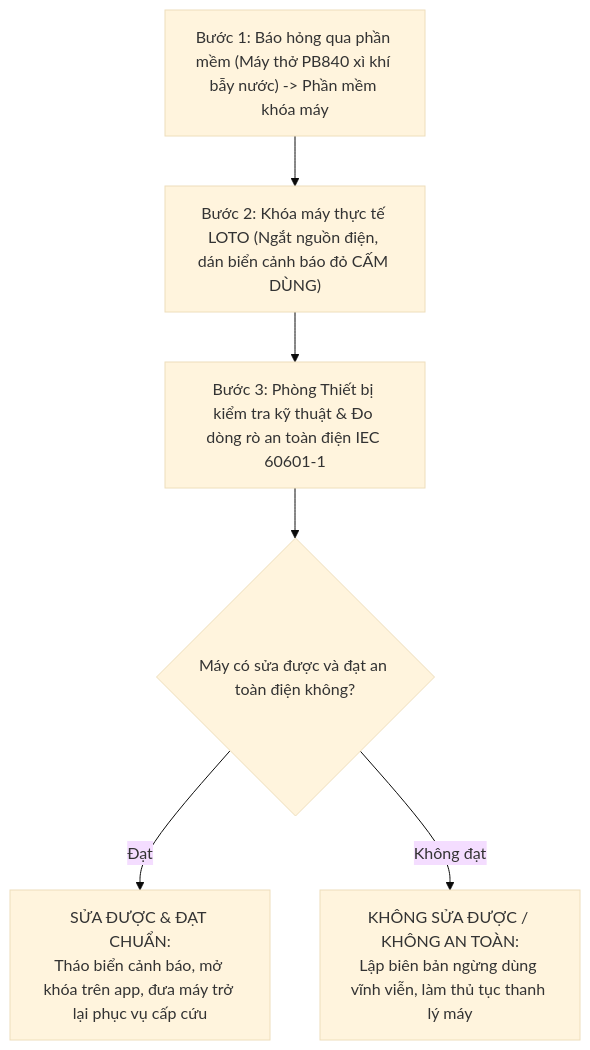
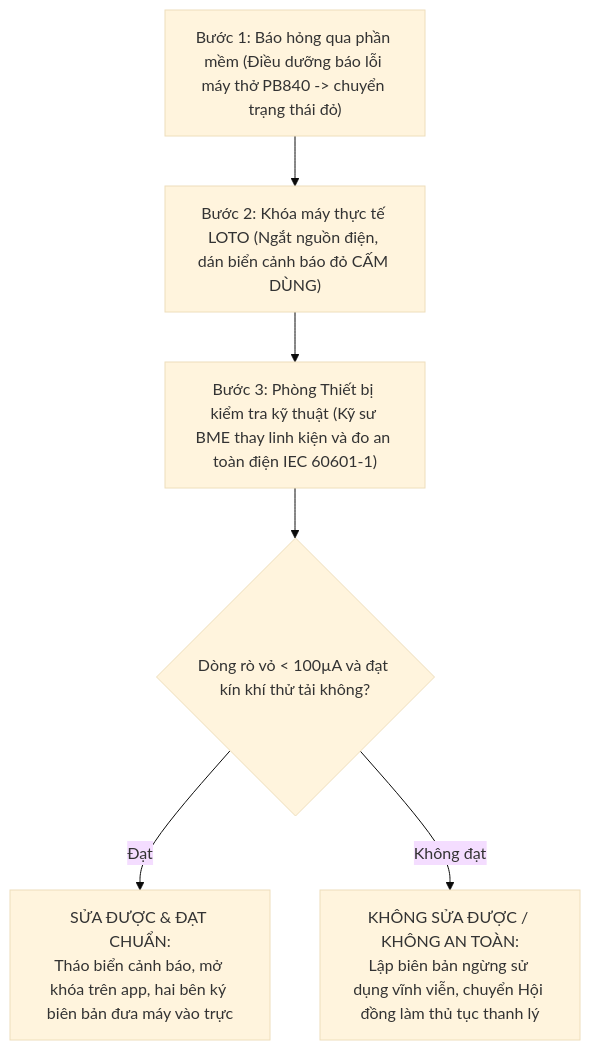
One commit to TontonYuta/clinical-ward changed the second of 3 diagrams in docs/Bao_Cao_Tien_Do_Tuan_3.md. Above: the diagram before and after it, drawn with Mermaid (base theme). The commit also changed other lines of this file and 2 other files, not shown here.

````diff
--- a/docs/Bao_Cao_Tien_Do_Tuan_3.md
+++ b/docs/Bao_Cao_Tien_Do_Tuan_3.md
@@ -79,13 +48,13 @@
 ```mermaid
 flowchart TD
-    E1["Bước 1: Báo hỏng qua phần mềm (Máy thở PB840 xì khí bẫy nước) -> Phần mềm khóa máy"]
+    E1["Bước 1: Báo hỏng qua phần mềm (Điều dưỡng báo lỗi máy thở PB840 -> chuyển trạng thái đỏ)"]
     E2["Bước 2: Khóa máy thực tế LOTO (Ngắt nguồn điện, dán biển cảnh báo đỏ CẤM DÙNG)"]
-    E3["Bước 3: Phòng Thiết bị kiểm tra kỹ thuật & Đo dòng rò an toàn điện IEC 60601-1"]
-    DEC{"Máy có sửa được và đạt an toàn điện không?"}
-    PASS["SỬA ĐƯỢC & ĐẠT CHUẨN:<br/>Tháo biển cảnh báo, mở khóa trên app, đưa máy trở lại phục vụ cấp cứu"]
-    FAIL["KHÔNG SỬA ĐƯỢC / KHÔNG AN TOÀN:<br/>Lập biên bản ngừng dùng vĩnh viễn, làm thủ tục thanh lý máy"]
+    E3["Bước 3: Phòng Thiết bị kiểm tra kỹ thuật (Kỹ sư BME thay linh kiện và đo an toàn điện IEC 60601-1)"]
+    DEC{"Dòng rò vỏ < 100µA và đạt kín khí thử tải không?"}
+    PASS["SỬA ĐƯỢC & ĐẠT CHUẨN:<br/>Tháo biển cảnh báo, mở khóa trên app, hai bên ký biên bản đưa máy vào trực"]
+    FAIL["KHÔNG SỬA ĐƯỢC / KHÔNG AN TOÀN:<br/>Lập biên bản ngừng sử dụng vĩnh viễn, chuyển Hội đồng làm thủ tục thanh lý"]
 
     E1 --> E2 --> E3 --> DEC
     DEC -- "Đạt" --> PASS
     DEC -- "Không đạt" --> FAIL
 ```
````
